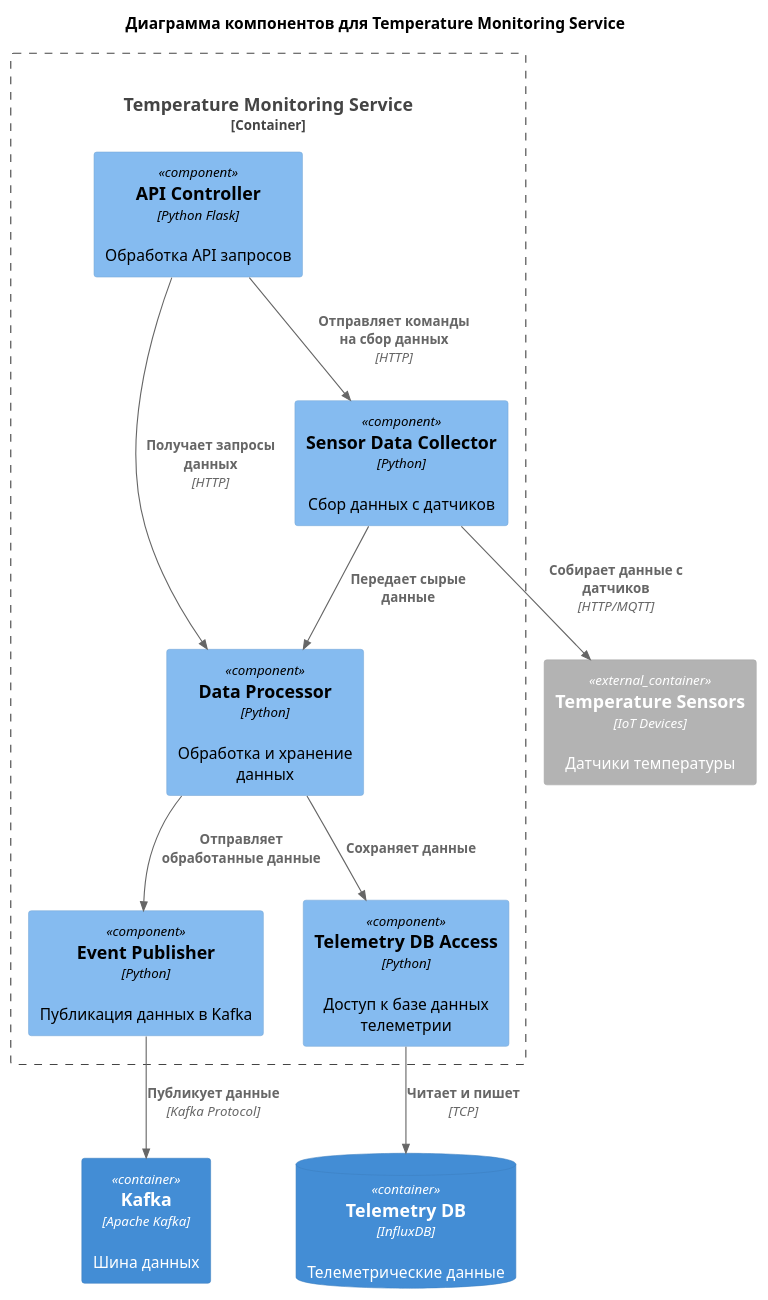
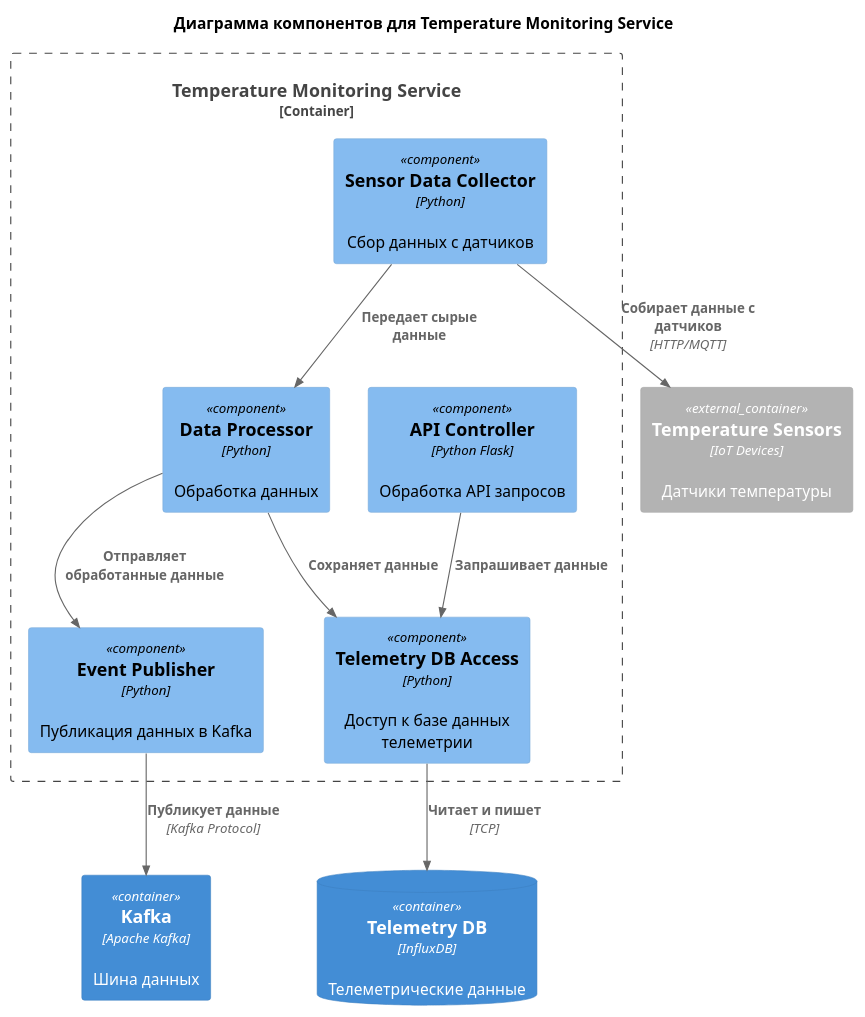
Before and after one commit to fireflysmk/architecture-sprint-3: the diagram in c4-diagrams/components/c4-components-temperature-monitoring-service.puml, drawn with PlantUML. The commit also changed 4 other files, not shown here.

Commit message:
Sprint 3: add monolith's description and update diagrams

```diff
--- a/c4-diagrams/components/c4-components-temperature-monitoring-service.puml
+++ b/c4-diagrams/components/c4-components-temperature-monitoring-service.puml
@@ -1,30 +1,27 @@
 @startuml
 !include <C4/C4>
-!include <C4/C4_Context>
-!include <C4/C4_Container>
 !include <C4/C4_Component>
 
 title Диаграмма компонентов для Temperature Monitoring Service
 
 Container_Boundary(tempService, "Temperature Monitoring Service", $tags="") {
     Component(tempService.APIController, "API Controller", $techn="Python Flask", $descr="Обработка API запросов")
     Component(tempService.SensorDataCollector, "Sensor Data Collector", $techn="Python", $descr="Сбор данных с датчиков")
-    Component(tempService.DataProcessor, "Data Processor", $techn="Python", $descr="Обработка и хранение данных")
+    Component(tempService.DataProcessor, "Data Processor", $techn="Python", "Обработка данных")
     Component(tempService.EventPublisher, "Event Publisher", $techn="Python", $descr="Публикация данных в Kafka")
     Component(tempService.TelemetryDBAccess, "Telemetry DB Access", $techn="Python", $descr="Доступ к базе данных телеметрии")
 }
 
 ContainerDb(telemetryDb, "Telemetry DB", $techn="InfluxDB", $descr="Телеметрические данные")
 Container_Ext(tempSensors, "Temperature Sensors", $techn="IoT Devices", $descr="Датчики температуры")
 Container(kafka, "Kafka", $techn="Apache Kafka", $descr="Шина данных")
 
-Rel(tempService.APIController, tempService.DataProcessor, "Получает запросы данных", $techn="HTTP")
-Rel(tempService.APIController, tempService.SensorDataCollector, "Отправляет команды на сбор данных", $techn="HTTP")
 Rel(tempService.SensorDataCollector, tempSensors, "Собирает данные с датчиков", $techn="HTTP/MQTT")
-Rel(tempService.SensorDataCollector, tempService.DataProcessor, "Передает сырые данные", $techn="")
-Rel(tempService.DataProcessor, tempService.TelemetryDBAccess, "Сохраняет данные", $techn="")
+Rel(tempService.SensorDataCollector, tempService.DataProcessor, "Передает сырые данные")
+Rel(tempService.DataProcessor, tempService.TelemetryDBAccess, "Сохраняет данные")
 Rel(tempService.TelemetryDBAccess, telemetryDb, "Читает и пишет", $techn="TCP")
-Rel(tempService.DataProcessor, tempService.EventPublisher, "Отправляет обработанные данные", $techn="")
+Rel(tempService.DataProcessor, tempService.EventPublisher, "Отправляет обработанные данные")
 Rel(tempService.EventPublisher, kafka, "Публикует данные", $techn="Kafka Protocol")
+Rel(tempService.APIController, tempService.TelemetryDBAccess, "Запрашивает данные")
 
 @enduml
```
